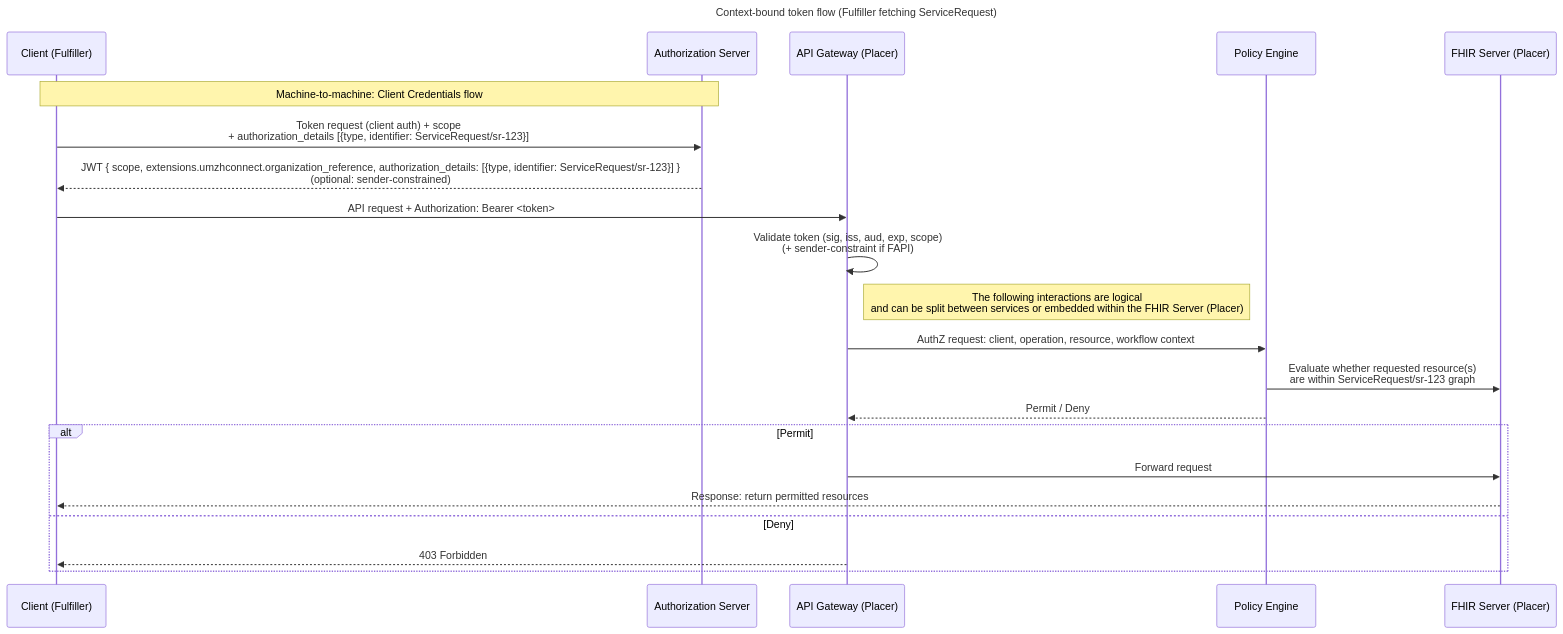
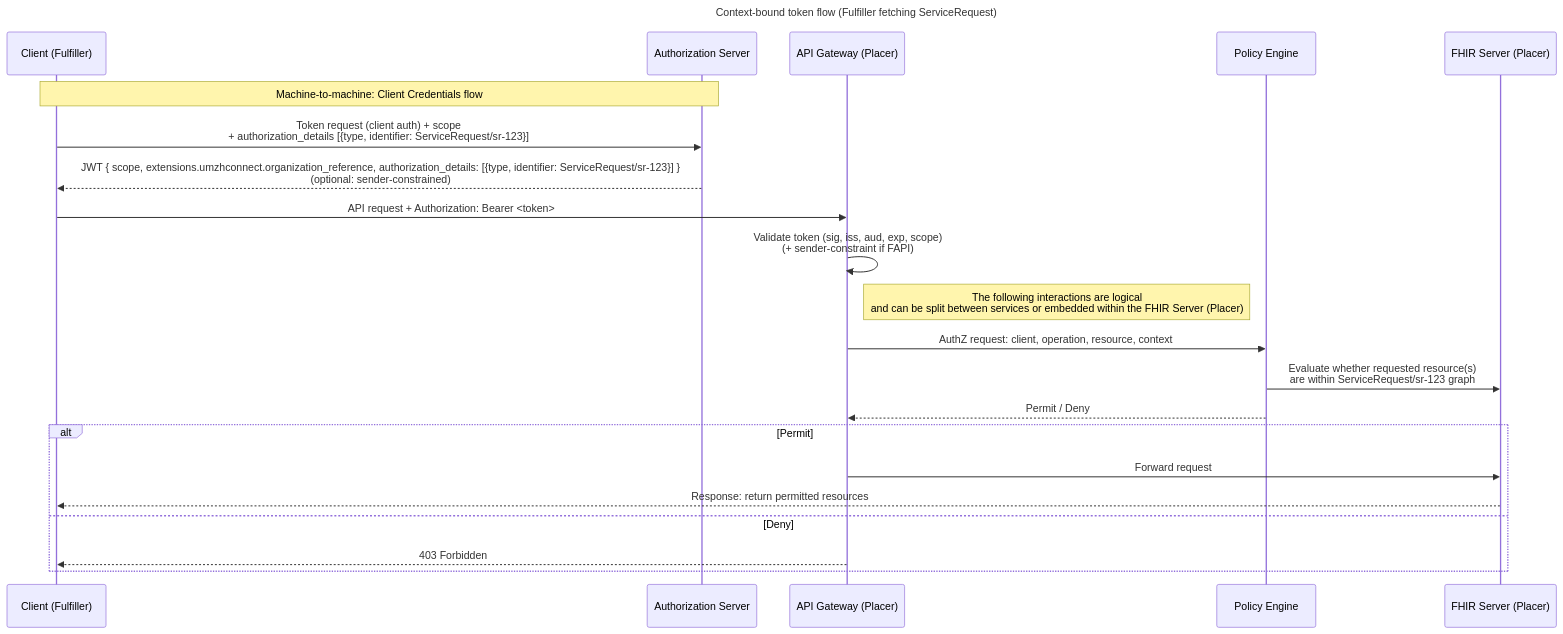
One commit to umzhconnect/umzhconnect-ig changed the second of 3 diagrams in input/pagecontent/security.md. Above: the diagram before and after it, drawn with Mermaid. The commit also changed other lines of this file and 7 other files, not shown here.

First line of the commit message:
Rename the workflow context to context (#138) (#142)

````diff
--- a/input/pagecontent/security.md
+++ b/input/pagecontent/security.md
@@ -185,27 +185,27 @@
 ```mermaid
 sequenceDiagram
   title Context-bound token flow (Fulfiller fetching ServiceRequest)
 
   participant C as Client (Fulfiller)
   participant AS as Authorization Server
   participant AG as API Gateway (Placer)
   participant PE as Policy Engine
   participant FHIR as FHIR Server (Placer)
 
   Note over C,AS: Machine-to-machine: Client Credentials flow
   C->>AS: Token request (client auth) + scope<br/>+ authorization_details [{type, identifier: ServiceRequest/sr-123}]
   AS-->>C: JWT { scope, extensions.umzhconnect.organization_reference, authorization_details: [{type, identifier: ServiceRequest/sr-123}] }<br/>(optional: sender-constrained)
 
   C->>AG: API request + Authorization: Bearer <token>
   AG->>AG: Validate token (sig, iss, aud, exp, scope)<br/>(+ sender-constraint if FAPI)
   Note right of AG: The following interactions are logical <br> and can be split between services or embedded within the FHIR Server (Placer)
-  AG->>PE: AuthZ request: client, operation, resource, workflow context
+  AG->>PE: AuthZ request: client, operation, resource, context
   PE->>FHIR: Evaluate whether requested resource(s)<br/>are within ServiceRequest/sr-123 graph
   PE-->>AG: Permit / Deny
   alt Permit
     AG->>FHIR: Forward request
     FHIR-->>C: Response: return permitted resources
   else Deny
     AG-->>C: 403 Forbidden
   end
 ```
````
